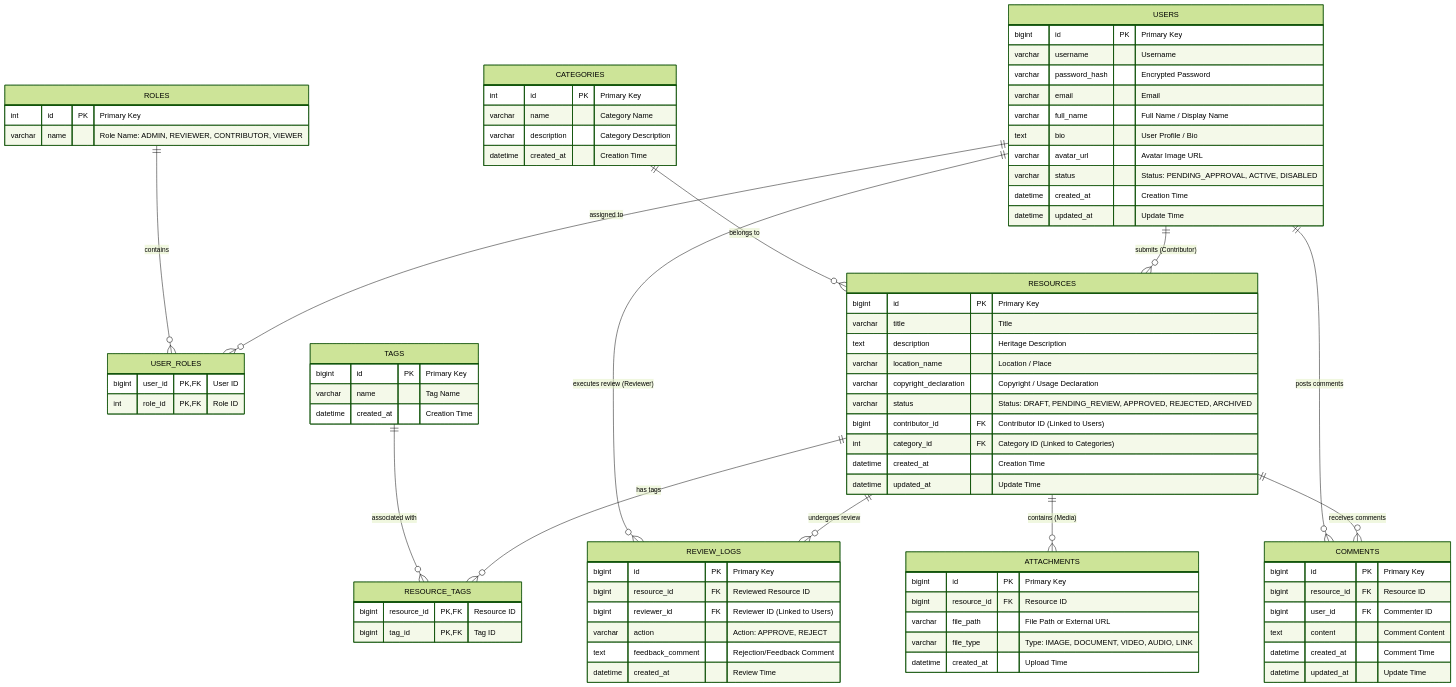
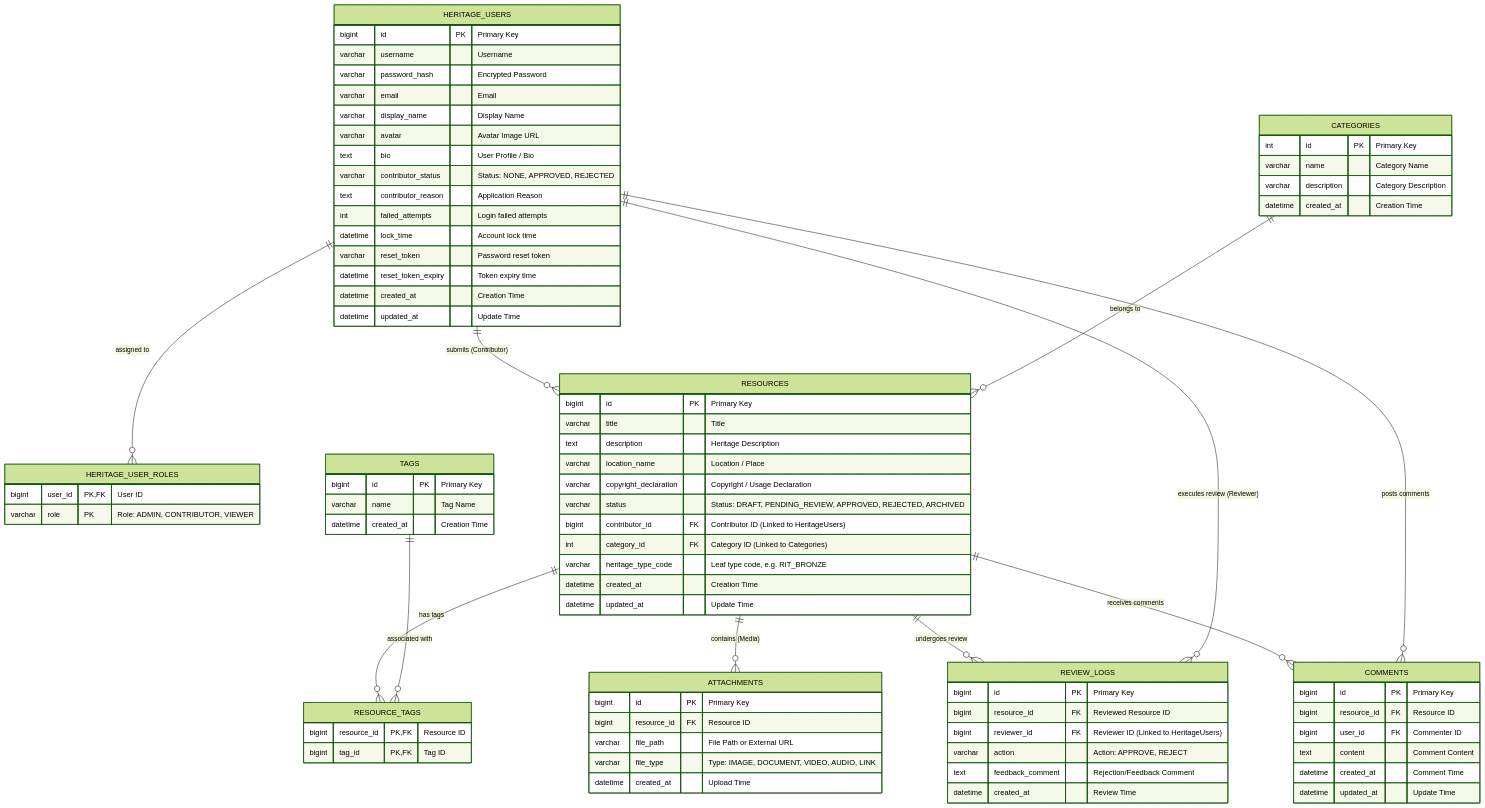
Before and after one commit to Dcyaprogrammer/HeritagePlatform: the diagram in platform/README.md, drawn with Mermaid (forest theme). The commit also changed 5 other files, not shown here.

Commit message:
fix schema mismatch; homepage with admin pannel; remove 'reviewer' role

````diff
--- a/platform/README.md
+++ b/platform/README.md
@@ -5,27 +5,27 @@
 ```mermaid
 erDiagram
     %% 1. User & Permission Module
-    USERS {
+    HERITAGE_USERS {
         bigint id PK "Primary Key"
         varchar username "Username"
         varchar password_hash "Encrypted Password"
         varchar email "Email"
-        varchar full_name "Full Name / Display Name" 
+        varchar display_name "Display Name" 
+        varchar avatar "Avatar Image URL"
         text bio "User Profile / Bio"
-        varchar avatar_url "Avatar Image URL"
-        varchar status "Status: PENDING_APPROVAL, ACTIVE, DISABLED"
+        varchar contributor_status "Status: NONE, APPROVED, REJECTED"
+        text contributor_reason "Application Reason"
+        int failed_attempts "Login failed attempts"
+        datetime lock_time "Account lock time"
+        varchar reset_token "Password reset token"
+        datetime reset_token_expiry "Token expiry time"
         datetime created_at "Creation Time"
         datetime updated_at "Update Time"
     }
     
-    ROLES {
-        int id PK "Primary Key"
-        varchar name "Role Name: ADMIN, REVIEWER, CONTRIBUTOR, VIEWER"
-    }
-    
-    USER_ROLES {
+    HERITAGE_USER_ROLES {
         bigint user_id PK, FK "User ID"
-        int role_id PK, FK "Role ID"
+        varchar role PK "Role: ADMIN, CONTRIBUTOR, VIEWER"
     }
 
     %% 2. Core Resource Module
@@ -36,8 +36,9 @@
         varchar location_name "Location / Place"
         varchar copyright_declaration "Copyright / Usage Declaration"
         varchar status "Status: DRAFT, PENDING_REVIEW, APPROVED, REJECTED, ARCHIVED"
-        bigint contributor_id FK "Contributor ID (Linked to Users)"
+        bigint contributor_id FK "Contributor ID (Linked to HeritageUsers)"
         int category_id FK "Category ID (Linked to Categories)"
+        varchar heritage_type_code "Leaf type code, e.g. RIT_BRONZE"
         datetime created_at "Creation Time"
         datetime updated_at "Update Time"
     }
@@ -72,7 +73,7 @@
     REVIEW_LOGS {
         bigint id PK "Primary Key"
         bigint resource_id FK "Reviewed Resource ID"
-        bigint reviewer_id FK "Reviewer ID (Linked to Users)"
+        bigint reviewer_id FK "Reviewer ID (Linked to HeritageUsers)"
         varchar action "Action: APPROVE, REJECT"
         text feedback_comment "Rejection/Feedback Comment"
         datetime created_at "Review Time"
@@ -88,15 +89,14 @@
     }
 
     %% Relationships
-    USERS ||--o{ USER_ROLES : "assigned to"
-    ROLES ||--o{ USER_ROLES : "contains"
-    USERS ||--o{ RESOURCES : "submits (Contributor)"
+    HERITAGE_USERS ||--o{ HERITAGE_USER_ROLES : "assigned to"
+    HERITAGE_USERS ||--o{ RESOURCES : "submits (Contributor)"
     CATEGORIES ||--o{ RESOURCES : "belongs to"
     RESOURCES ||--o{ RESOURCE_TAGS : "has tags"
     TAGS ||--o{ RESOURCE_TAGS : "associated with"
     RESOURCES ||--o{ ATTACHMENTS : "contains (Media)"
     RESOURCES ||--o{ REVIEW_LOGS : "undergoes review"
-    USERS ||--o{ REVIEW_LOGS : "executes review (Reviewer)"
+    HERITAGE_USERS ||--o{ REVIEW_LOGS : "executes review (Reviewer)"
     RESOURCES ||--o{ COMMENTS : "receives comments"
-    USERS ||--o{ COMMENTS : "posts comments"
+    HERITAGE_USERS ||--o{ COMMENTS : "posts comments"
 ```
````
